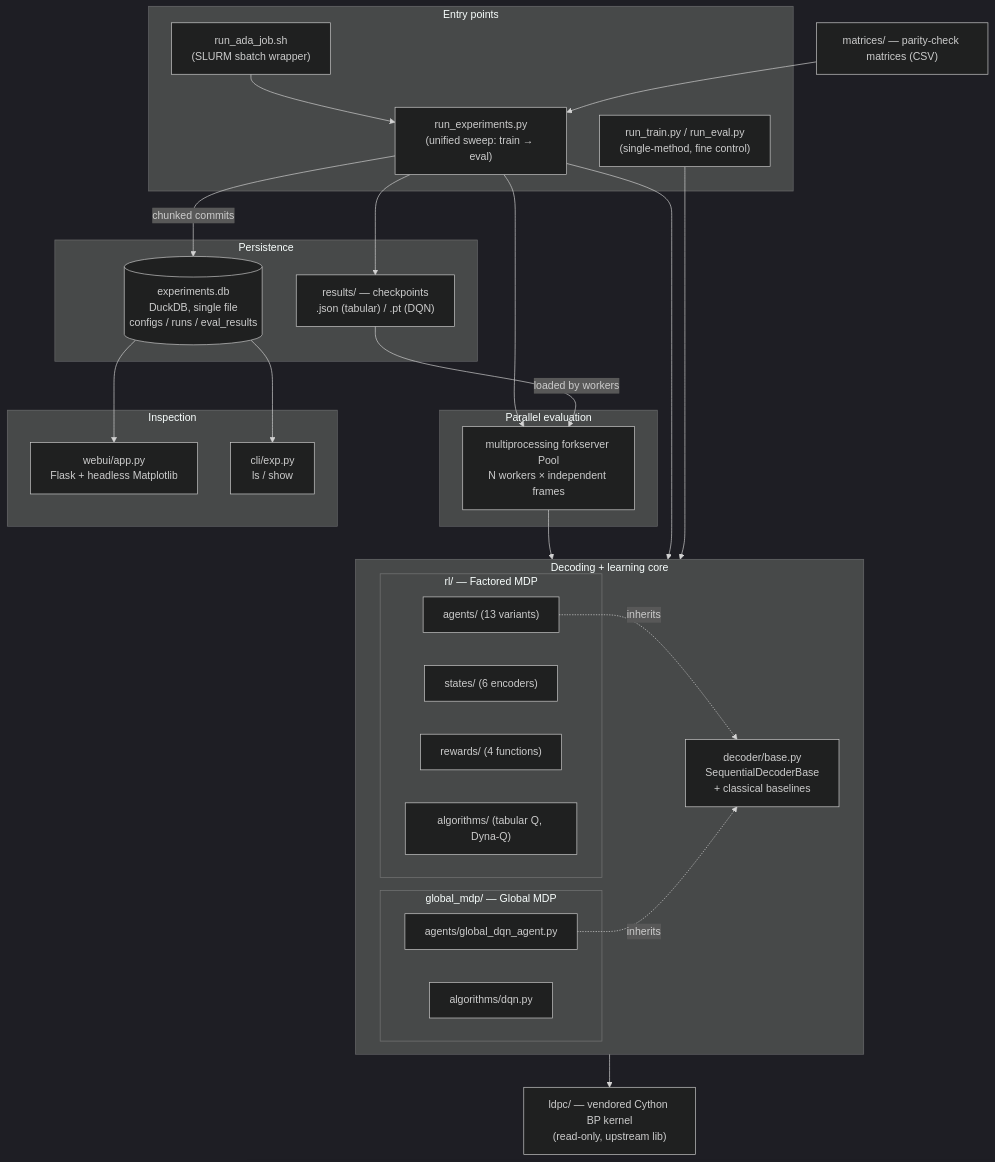
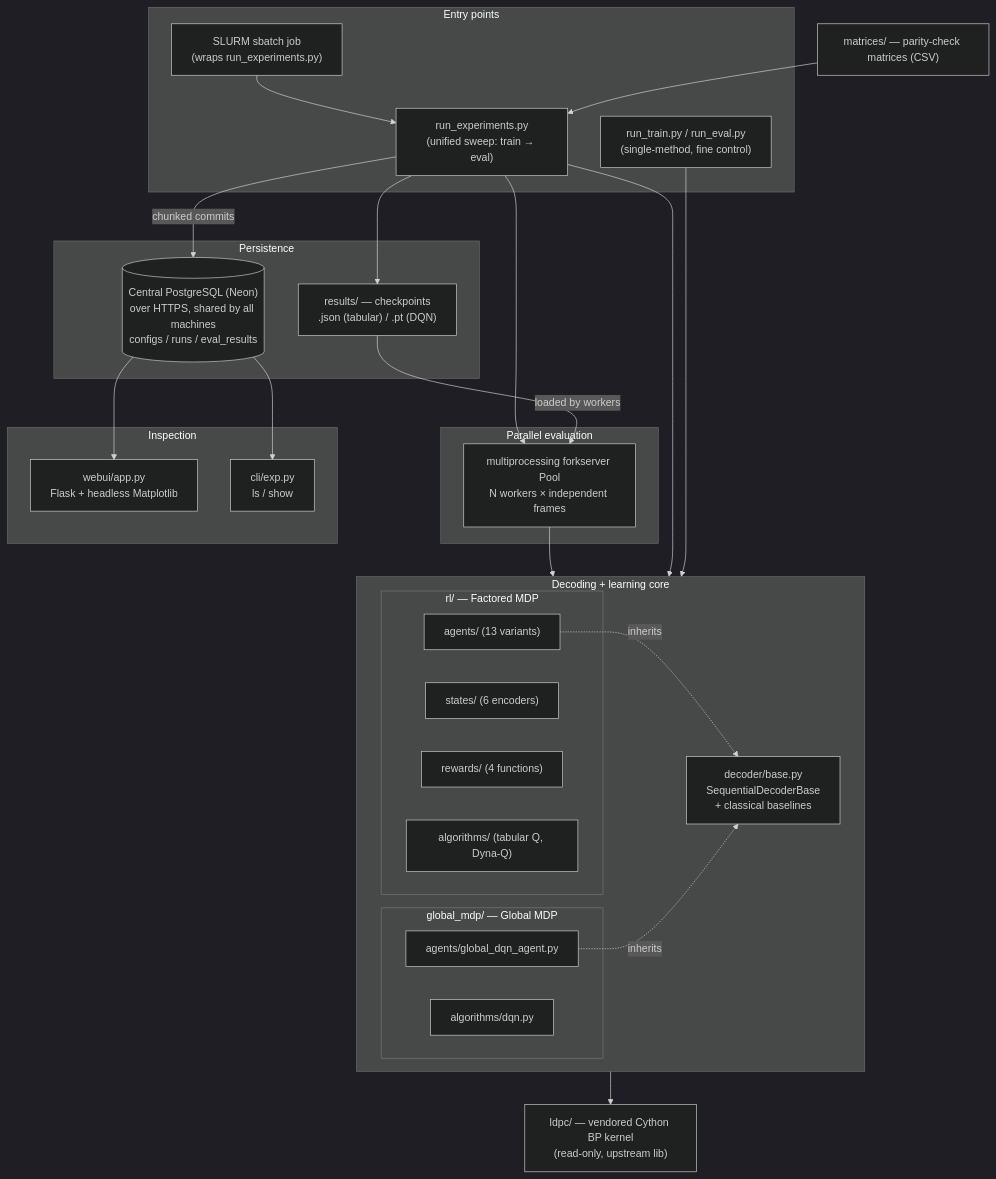
One commit to houleux/Decoder changed the first of 3 diagrams in design.md. Above: the diagram before and after it, drawn with Mermaid (dark theme). The commit also changed other lines of this file and 39 other files, not shown here.

````diff
--- a/design.md
+++ b/design.md
@@ -56,55 +56,55 @@
 ```mermaid
 flowchart TB
     subgraph CLI["Entry points"]
         RE["run_experiments.py<br/>(unified sweep: train → eval)"]
         RT["run_train.py / run_eval.py<br/>(single-method, fine control)"]
-        SB["run_ada_job.sh<br/>(SLURM sbatch wrapper)"]
+        SB["SLURM sbatch job<br/>(wraps run_experiments.py)"]
     end
 
     subgraph CORE["Decoding + learning core"]
         direction LR
         subgraph RLPKG["rl/ — Factored MDP"]
             RA["agents/ (13 variants)"]
             RS["states/ (6 encoders)"]
             RR["rewards/ (4 functions)"]
             RAL["algorithms/ (tabular Q, Dyna-Q)"]
         end
         subgraph GPKG["global_mdp/ — Global MDP"]
             GA["agents/global_dqn_agent.py"]
             GAL["algorithms/dqn.py"]
         end
         BASE["decoder/base.py<br/>SequentialDecoderBase<br/>+ classical baselines"]
     end
 
     LDPC["ldpc/ — vendored Cython BP kernel<br/>(read-only, upstream lib)"]
     MAT["matrices/ — parity-check matrices (CSV)"]
 
     subgraph EXEC["Parallel evaluation"]
         POOL["multiprocessing forkserver Pool<br/>N workers × independent frames"]
     end
 
     subgraph STORE["Persistence"]
-        DB[("experiments.db<br/>DuckDB, single file<br/>configs / runs / eval_results")]
+        DB[("Central PostgreSQL (Neon)<br/>over HTTPS, shared by all machines<br/>configs / runs / eval_results")]
         CKPT["results/ — checkpoints<br/>.json (tabular) / .pt (DQN)"]
     end
 
     subgraph VIEW["Inspection"]
         WEB["webui/app.py<br/>Flask + headless Matplotlib"]
         EXP["cli/exp.py<br/>ls / show"]
     end
 
     SB --> RE
     RE --> CORE
     RT --> CORE
     MAT --> RE
     BASE --> LDPC
     RA -.inherits.-> BASE
     GA -.inherits.-> BASE
     RE --> POOL
     POOL --> BASE
     RE -->|chunked commits| DB
     RE --> CKPT
     CKPT -->|loaded by workers| POOL
     DB --> WEB
     DB --> EXP
 ```
````
